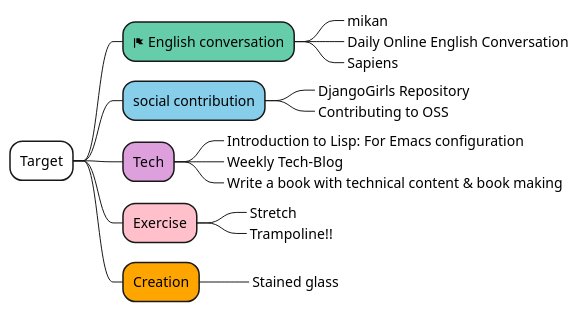
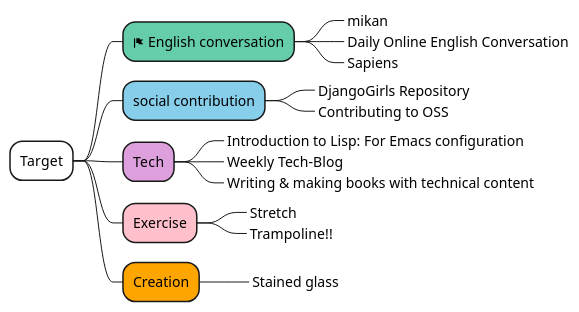
One commit to Ishizuka427/MindMap changed the diagram in test.puml. Above: the diagram before and after it, drawn with PlantUML. The commit also changed 1 other file, not shown here.

```diff
--- a/test.puml
+++ b/test.puml
@@ -1,19 +1,19 @@
 @startmindmap
 *[#white] Target
 **[#mediumaquamarine] <&flag> English conversation
 ***_ mikan
 ***_ Daily Online English Conversation
 ***_ Sapiens
 **[#skyblue] social contribution
 ***_ DjangoGirls Repository
 ***_ Contributing to OSS
 **[#plum] Tech
 ***_ Introduction to Lisp: For Emacs configuration
 ***_ Weekly Tech-Blog
-***_ Write a book with technical content & book making
+***_ Writing & making books with technical content
 **[#pink] Exercise
 ***_ Stretch
 ***_ Trampoline!!
 **[#orange] Creation
 ***_ Stained glass
 @endmindmap
```
